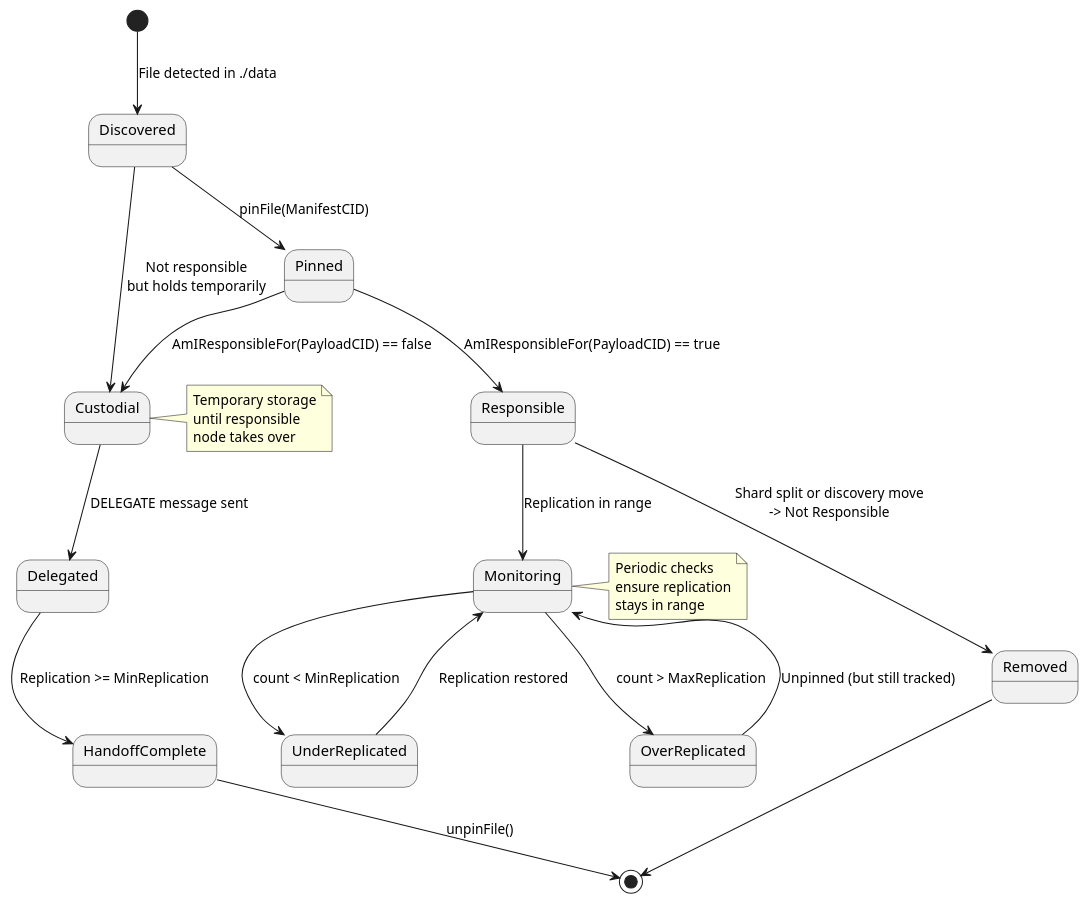
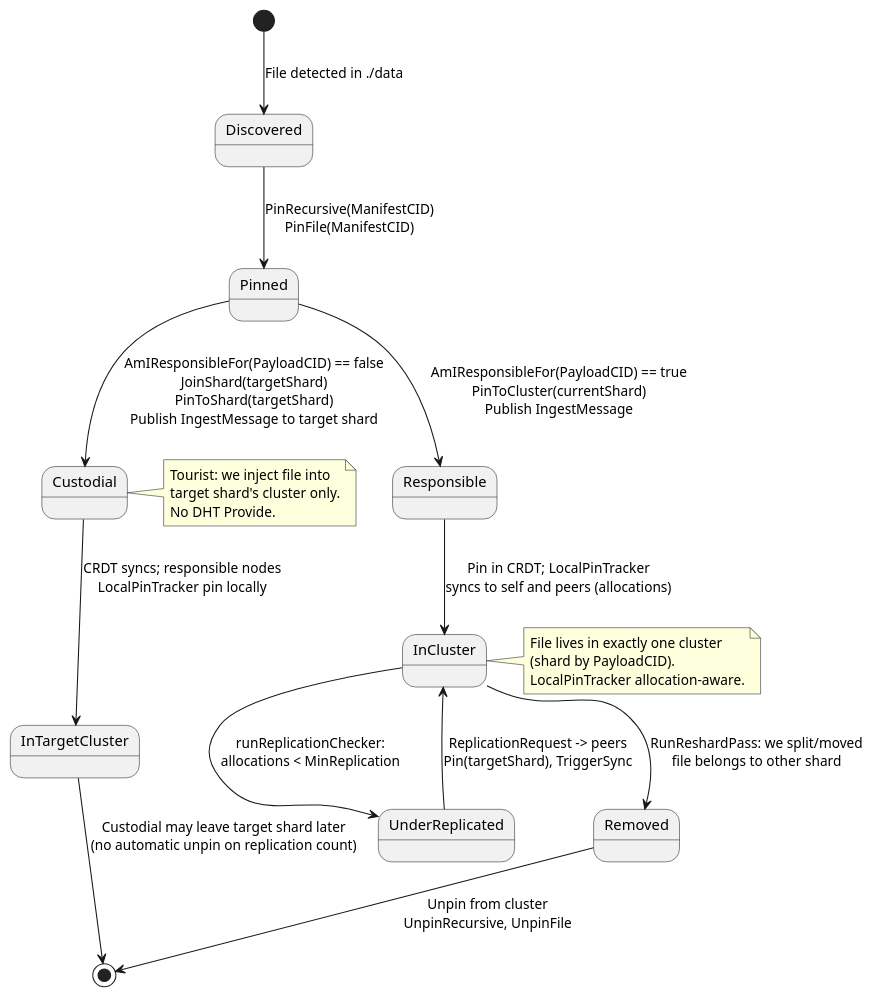
Before and after one commit to gipplab/D-LOCKSS: the diagram in docs/file_lifecycle_state.puml, drawn with PlantUML. The commit also changed 65 other files, not shown here.

```diff
--- a/docs/file_lifecycle_state.puml
+++ b/docs/file_lifecycle_state.puml
@@ -1,37 +1,34 @@
 @startuml File Lifecycle State Diagram
 
 [*] --> Discovered: File detected in ./data
 
-Discovered --> Pinned: pinFile(ManifestCID)
-Discovered --> Custodial: Not responsible\nbut holds temporarily
+Discovered --> Pinned: PinRecursive(ManifestCID)\nPinFile(ManifestCID)
 
-Pinned --> Responsible: AmIResponsibleFor(PayloadCID) == true
-Pinned --> Custodial: AmIResponsibleFor(PayloadCID) == false
+Pinned --> Responsible: AmIResponsibleFor(PayloadCID) == true\nPinToCluster(currentShard)\nPublish IngestMessage
+Pinned --> Custodial: AmIResponsibleFor(PayloadCID) == false\nJoinShard(targetShard)\nPinToShard(targetShard)\nPublish IngestMessage to target shard
 
-Custodial --> Delegated: DELEGATE message sent
-Delegated --> HandoffComplete: Replication >= MinReplication
-HandoffComplete --> [*]: unpinFile()
+Custodial --> InTargetCluster: CRDT syncs; responsible nodes\nLocalPinTracker pin locally
 
-Responsible --> Monitoring: Replication in range
-Monitoring --> UnderReplicated: count < MinReplication
-Monitoring --> OverReplicated: count > MaxReplication
+Responsible --> InCluster: Pin in CRDT; LocalPinTracker\nsyncs to self and peers (allocations)
 
-UnderReplicated --> Monitoring: Replication restored
-OverReplicated --> Monitoring: Unpinned (but still tracked)
+InCluster --> UnderReplicated: runReplicationChecker:\nallocations < MinReplication
+UnderReplicated --> InCluster: ReplicationRequest -> peers\nPin(targetShard), TriggerSync
 
-Responsible --> Removed: Shard split or discovery move\n-> Not Responsible
-Removed --> [*]
+InCluster --> Removed: RunReshardPass: we split/moved\nfile belongs to other shard
+Removed --> [*]: Unpin from cluster\nUnpinRecursive, UnpinFile
+
+InTargetCluster --> [*]: Custodial may leave target shard later\n(no automatic unpin on replication count)
 
 note right of Custodial
-    Temporary storage
-    until responsible
-    node takes over
+    Tourist: we inject file into
+    target shard's cluster only.
+    No DHT Provide.
 end note
 
-note right of Monitoring
-    Periodic checks
-    ensure replication
-    stays in range
+note right of InCluster
+    File lives in exactly one cluster
+    (shard by PayloadCID).
+    LocalPinTracker allocation-aware.
 end note
 
 @enduml
```
